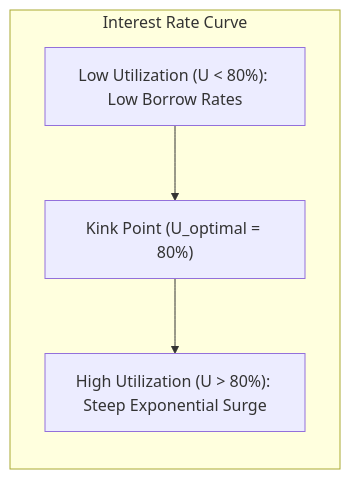
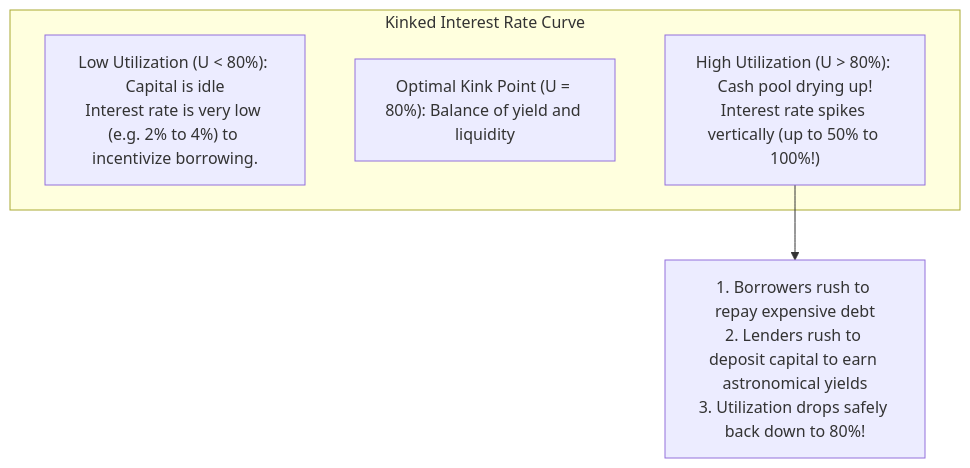
Before and after one commit to ub-society/modules: the sixth of 6 diagrams in docs/learn/fundamentals/05-decentralized-systems/03-collateralized-lending-and-solvency.md, drawn with Mermaid. The commit also changed other lines of this file and 4 other files, not shown here.

````diff
--- a/docs/learn/fundamentals/05-decentralized-systems/03-collateralized-lending-and-solvency.md
+++ b/docs/learn/fundamentals/05-decentralized-systems/03-collateralized-lending-and-solvency.md
@@ -102,7 +179,10 @@
 ```mermaid
-flowchart LR
-    subgraph Interest Rate Curve
-        A["Low Utilization (U < 80%): Low Borrow Rates"] --> Kink["Kink Point (U_optimal = 80%)"]
-        Kink --> B["High Utilization (U > 80%): Steep Exponential Surge"]
+flowchart TD
+    subgraph Kinked Interest Rate Curve
+        LowU["Low Utilization (U < 80%): Capital is idle<br/>Interest rate is very low (e.g. 2% to 4%) to incentivize borrowing."]
+        Kink["Optimal Kink Point (U = 80%): Balance of yield and liquidity"]
+        HighU["High Utilization (U > 80%): Cash pool drying up!<br/>Interest rate spikes vertically (up to 50% to 100%!)"]
     end
+
+    HighU --> Behavior["1. Borrowers rush to repay expensive debt<br/>2. Lenders rush to deposit capital to earn astronomical yields<br/>3. Utilization drops safely back down to 80%!"]
 ```
````
